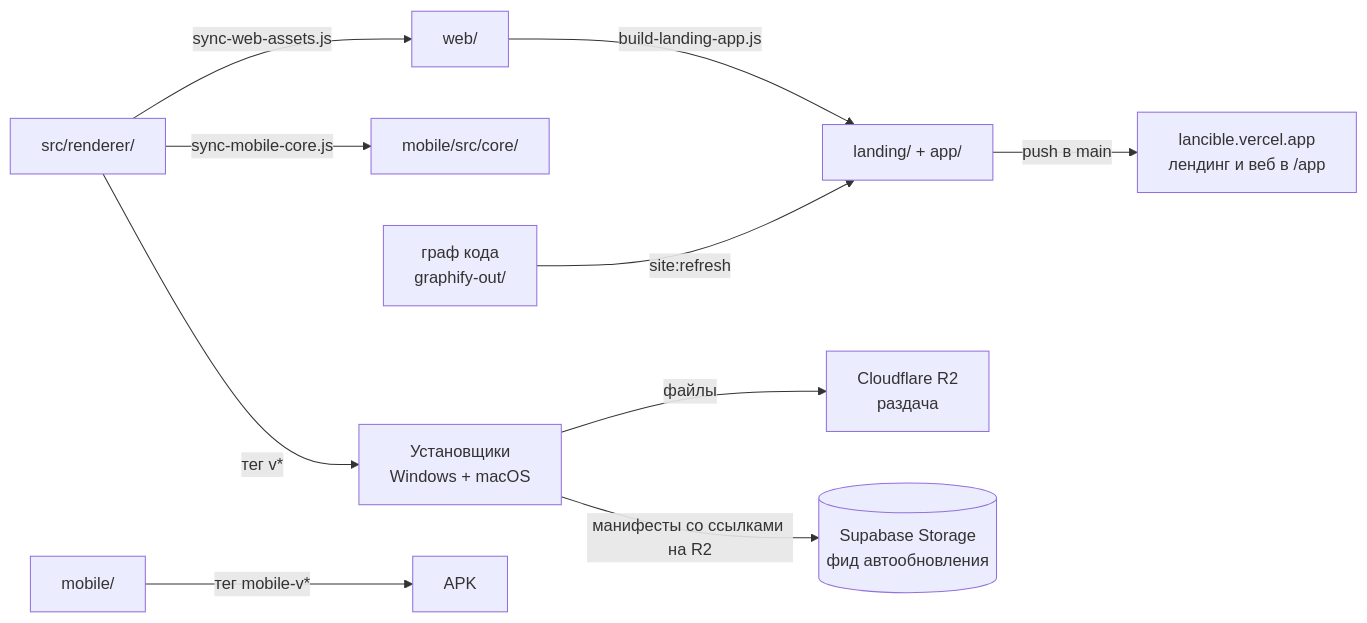
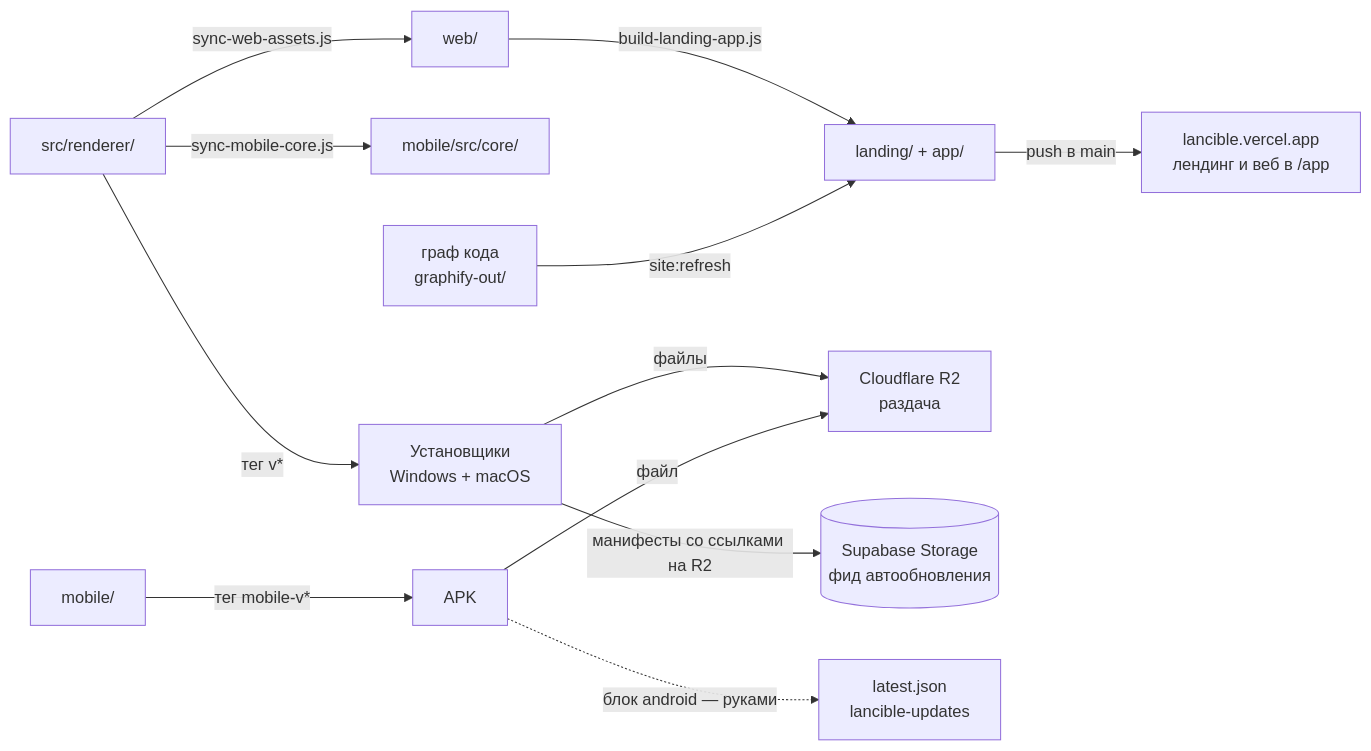
One commit to lancibleofficial/Lancible changed the third of 3 diagrams in ARCHITECTURE.md. Above: the diagram before and after it, drawn with Mermaid. The commit also changed other lines of this file and 38 other files, not shown here.

````diff
--- a/ARCHITECTURE.md
+++ b/ARCHITECTURE.md
@@ -305,12 +328,14 @@
 ```mermaid
 graph LR
     SRC["src/renderer/"] -->|"sync-web-assets.js"| WEBDIR["web/"]
     SRC -->|"sync-mobile-core.js"| MOBCORE["mobile/src/core/"]
     WEBDIR -->|"build-landing-app.js"| LAND
     GRAPH["граф кода<br/>graphify-out/"] -->|"site:refresh"| LAND
     LAND["landing/ + app/"] -->|"push в main"| VLAND["lancible.vercel.app<br/>лендинг и веб в /app"]
     SRC -->|"тег v*"| REL["Установщики<br/>Windows + macOS"]
     REL -->|"файлы"| R2["Cloudflare R2<br/>раздача"]
     REL -->|"манифесты со ссылками на R2"| FEED[("Supabase Storage<br/>фид автообновления")]
     MOBSRC["mobile/"] -->|"тег mobile-v*"| APK["APK"]
+    APK -->|"файл"| R2
+    APK -.->|"блок android — руками"| UPD["latest.json<br/>lancible-updates"]
 ```
````
